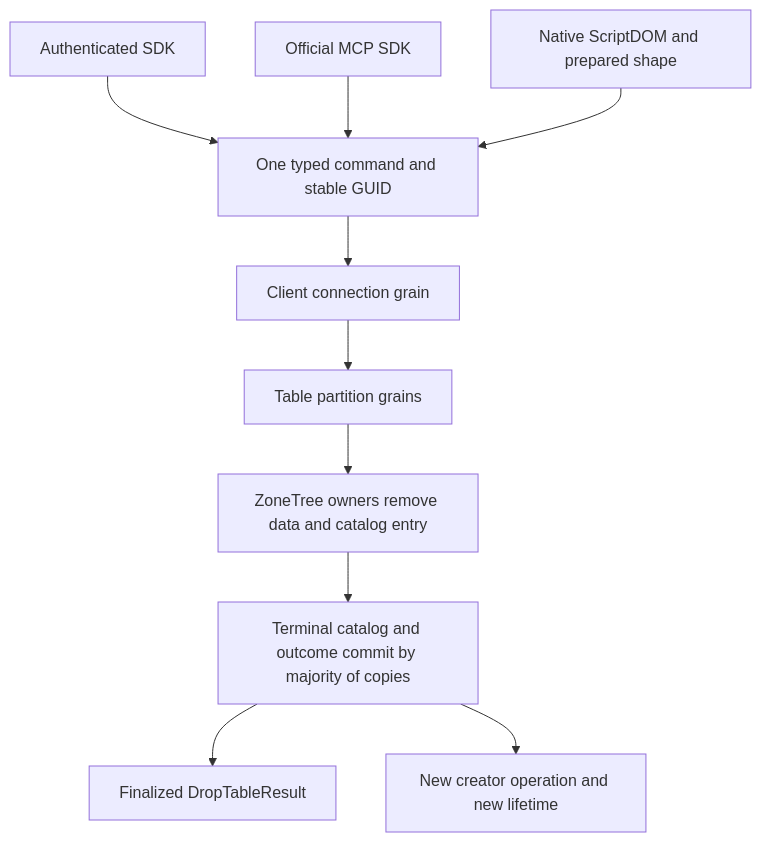
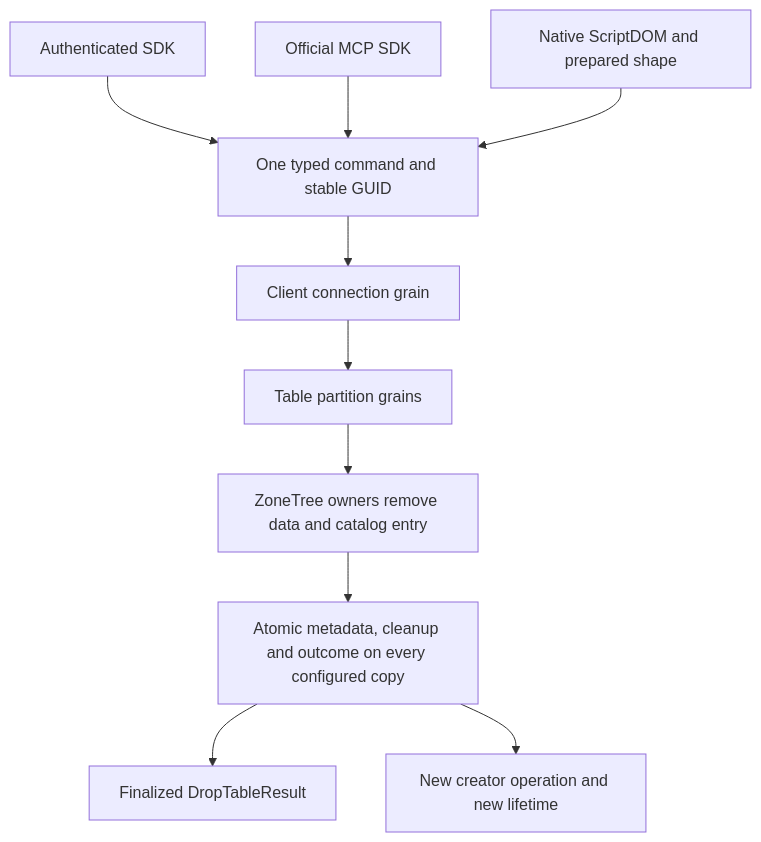
Before and after one commit to managedcode/KeyLoad: the diagram in docs/Features/RelationalStorage/DropTable.md, drawn with Mermaid. The commit also changed 39 other files, not shown here.

````diff
--- a/docs/Features/RelationalStorage/DropTable.md
+++ b/docs/Features/RelationalStorage/DropTable.md
@@ -25,12 +25,12 @@
 ```mermaid
 flowchart TD
     SDK[Authenticated SDK] --> Decode[One typed command and stable GUID]
     MCP[Official MCP SDK] --> Decode
     SQL[Native ScriptDOM and prepared shape] --> Decode
     Decode --> Conn[Client connection grain]
     Conn --> Parts[Table partition grains]
     Parts --> Owners[ZoneTree owners remove data and catalog entry]
-    Owners --> Commit[Terminal catalog and outcome commit by majority of copies]
+    Owners --> Commit[Atomic metadata, cleanup and outcome on every configured copy]
     Commit --> Result[Finalized DropTableResult]
     Commit --> Recreate[New creator operation and new lifetime]
 ```
````
